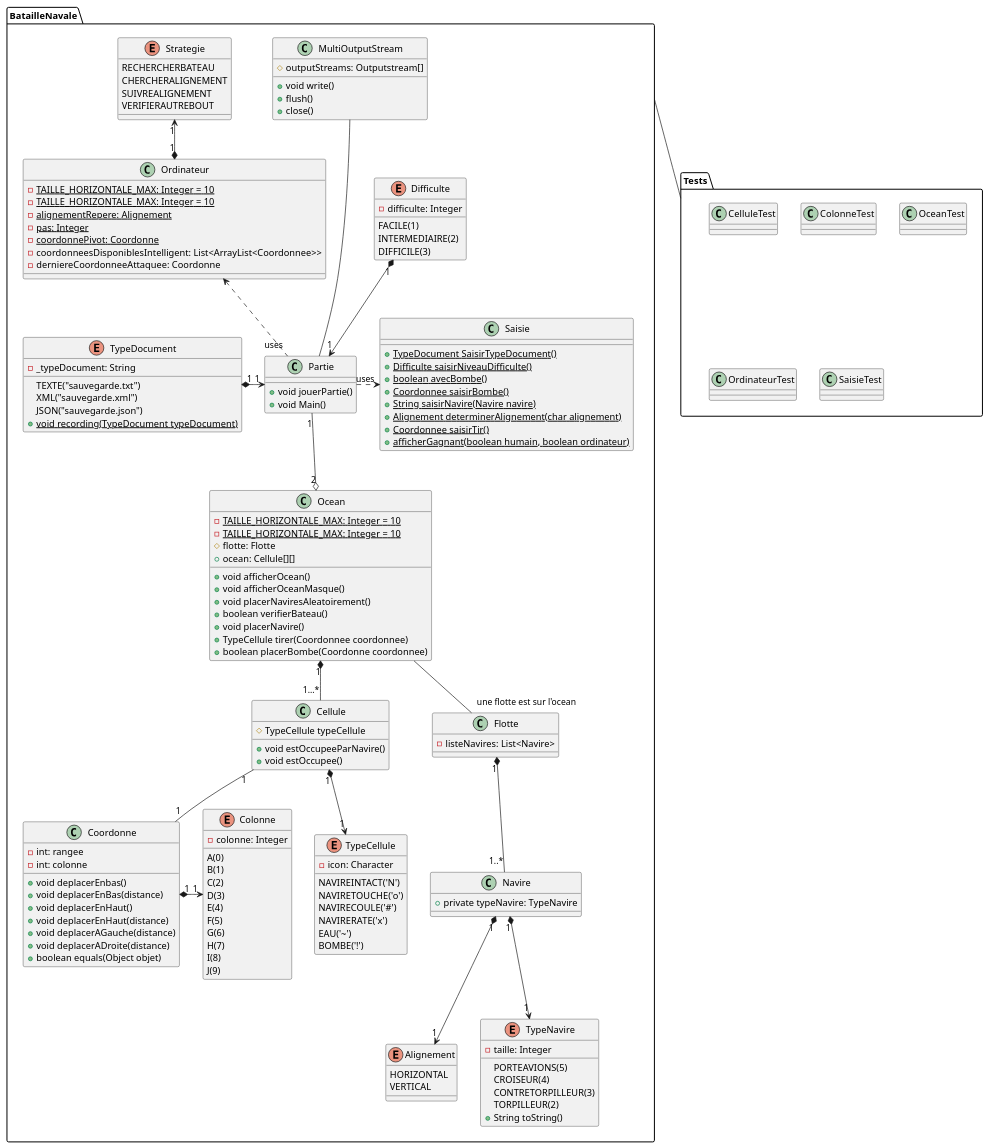
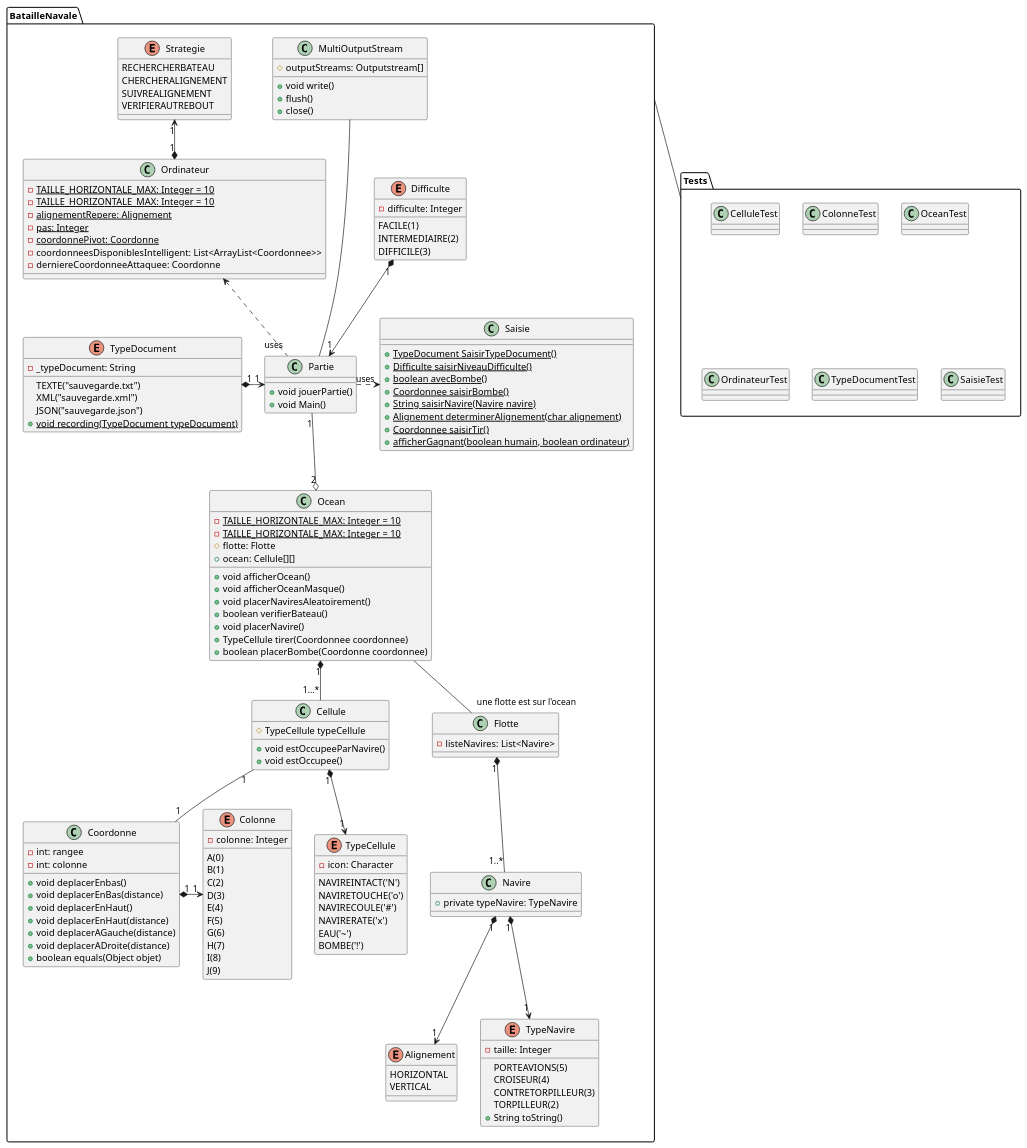
The diagram in Diagramme de classes.puml (Jeremie-Gour/BatailleNavale), drawn with PlantUML before and after one commit. The commit also changed 24 other files, not shown here.

Commit message:
Correction Diagramme de classe

```diff
--- a/Diagramme de classes.puml
+++ b/Diagramme de classes.puml
@@ -142,8 +142,8 @@
 }
 
 package Tests{
-class CelluleTest{
-}
+    class CelluleTest{
+    }
 
     class ColonneTest{
     }
@@ -154,7 +154,7 @@
     class OrdinateurTest{
     }
 
-    class OrdinateurTest{
+    class TypeDocumentTest{
     }
 
     class SaisieTest{
```
